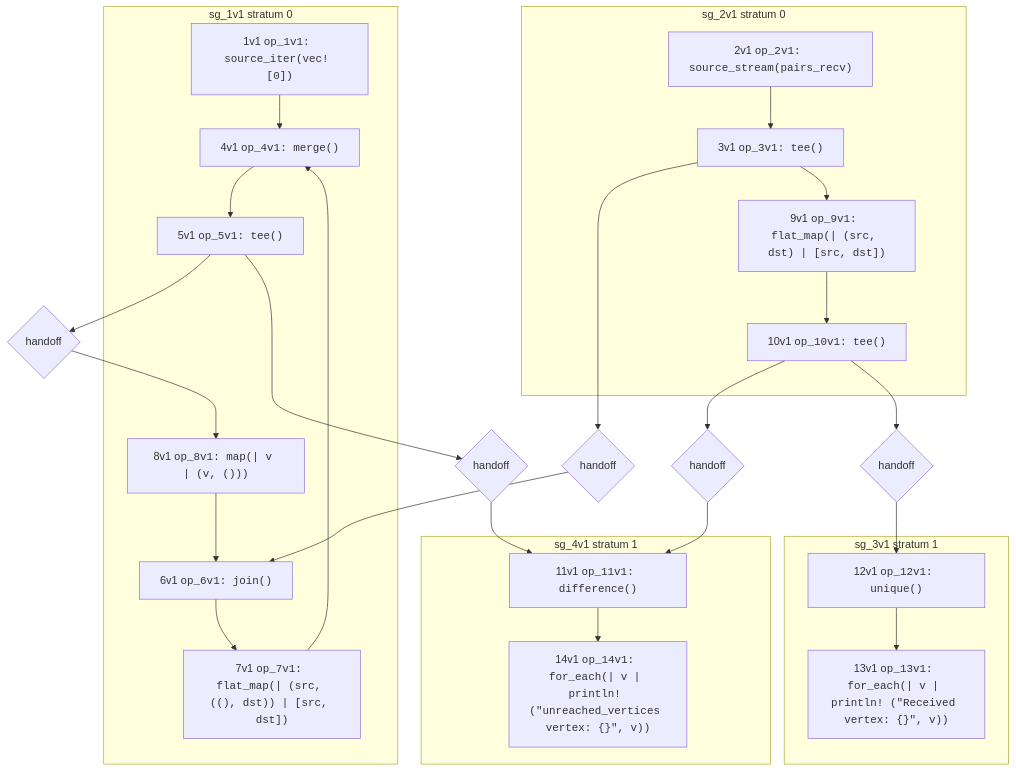
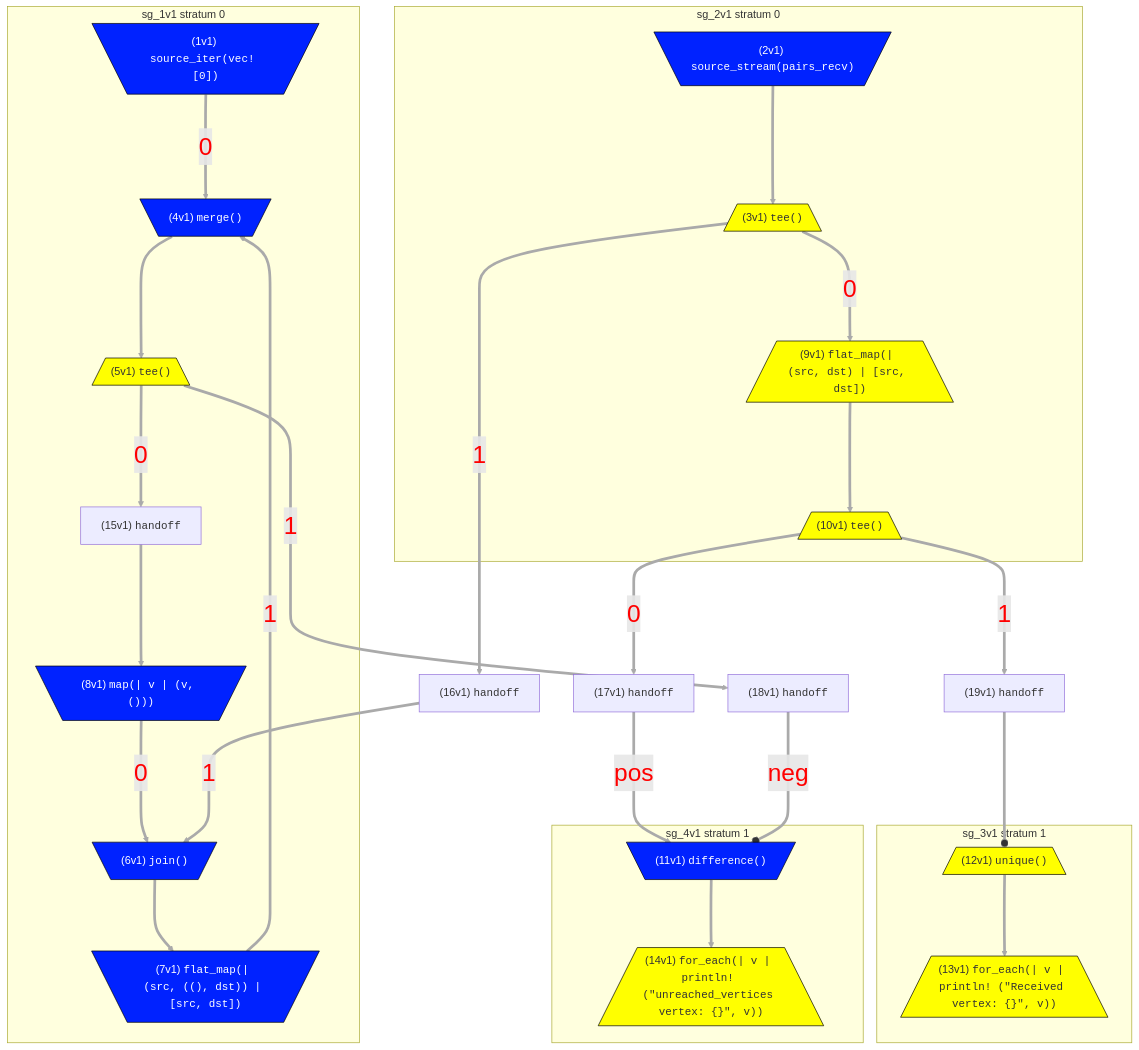
The second of 2 diagrams in book/example_6_unreachability.md (nickjiang2378/hydroflow), drawn with Mermaid before and after one commit. The commit also changed other lines of this file and 13 other files, not shown here.

Commit message:
update mermaid diagrams in book (#322)

````diff
--- a/book/example_6_unreachability.md
+++ b/book/example_6_unreachability.md
@@ -113,52 +113,53 @@
 ```mermaid
-flowchart TB
-    subgraph "sg_1v1 stratum 0"
-        1v1["1v1 <tt>op_1v1: source_iter(vec! [0])</tt>"]
-        8v1["8v1 <tt>op_8v1: map(| v | (v, ()))</tt>"]
-        6v1["6v1 <tt>op_6v1: join()</tt>"]
-        7v1["7v1 <tt>op_7v1: flat_map(| (src, ((), dst)) | [src, dst])</tt>"]
-        4v1["4v1 <tt>op_4v1: merge()</tt>"]
-        5v1["5v1 <tt>op_5v1: tee()</tt>"]
-    end
-    subgraph "sg_2v1 stratum 0"
-        2v1["2v1 <tt>op_2v1: source_stream(pairs_recv)</tt>"]
-        3v1["3v1 <tt>op_3v1: tee()</tt>"]
-        9v1["9v1 <tt>op_9v1: flat_map(| (src, dst) | [src, dst])</tt>"]
-        10v1["10v1 <tt>op_10v1: tee()</tt>"]
-    end
-    subgraph "sg_3v1 stratum 1"
-        12v1["12v1 <tt>op_12v1: unique()</tt>"]
-        13v1["13v1 <tt>op_13v1: for_each(| v | println! (&quot;Received vertex: {}&quot;, v))</tt>"]
-    end
-    subgraph "sg_4v1 stratum 1"
-        11v1["11v1 <tt>op_11v1: difference()</tt>"]
-        14v1["14v1 <tt>op_14v1: for_each(| v | println! (&quot;unreached_vertices vertex: {}&quot;, v))</tt>"]
-    end
-
-    15v1{"handoff"}
-    16v1{"handoff"}
-    17v1{"handoff"}
-    18v1{"handoff"}
-    19v1{"handoff"}
-
-    1v1-->4v1
-    2v1-->3v1
-    3v1-->16v1
-    3v1-->9v1
-    4v1-->5v1
-    5v1-->15v1
-    5v1-->18v1
-    6v1-->7v1
-    7v1-->4v1
-    8v1-->6v1
-    9v1-->10v1
-    10v1-->17v1
-    10v1-->19v1
-    11v1-->14v1
-    12v1-->13v1
-    15v1-->8v1
-    16v1-->6v1
-    17v1-->11v1
-    18v1-->11v1
-    19v1-->12v1
+flowchart TD
+classDef pullClass fill:#02f,color:#fff,stroke:#000
+classDef pushClass fill:#ff0,stroke:#000
+linkStyle default stroke:#aaa,stroke-width:4px,color:red,font-size:1.5em;
+subgraph "sg_1v1 stratum 0"
+    1v1[\"(1v1) <tt>source_iter(vec! [0])</tt>"/]:::pullClass
+    8v1[\"(8v1) <tt>map(| v | (v, ()))</tt>"/]:::pullClass
+    6v1[\"(6v1) <tt>join()</tt>"/]:::pullClass
+    7v1[\"(7v1) <tt>flat_map(| (src, ((), dst)) | [src, dst])</tt>"/]:::pullClass
+    4v1[\"(4v1) <tt>merge()</tt>"/]:::pullClass
+    5v1[/"(5v1) <tt>tee()</tt>"\]:::pushClass
+    15v1["(15v1) <tt>handoff</tt>"]:::otherClass
+    15v1--->8v1
+    1v1--0--->4v1
+    8v1--0--->6v1
+    6v1--->7v1
+    7v1--1--->4v1
+    4v1--->5v1
+    5v1--0--->15v1
+end
+subgraph "sg_2v1 stratum 0"
+    2v1[\"(2v1) <tt>source_stream(pairs_recv)</tt>"/]:::pullClass
+    3v1[/"(3v1) <tt>tee()</tt>"\]:::pushClass
+    9v1[/"(9v1) <tt>flat_map(| (src, dst) | [src, dst])</tt>"\]:::pushClass
+    10v1[/"(10v1) <tt>tee()</tt>"\]:::pushClass
+    2v1--->3v1
+    3v1--0--->9v1
+    9v1--->10v1
+end
+subgraph "sg_3v1 stratum 1"
+    12v1[/"(12v1) <tt>unique()</tt>"\]:::pushClass
+    13v1[/"(13v1) <tt>for_each(| v | println! (&quot;Received vertex: {}&quot;, v))</tt>"\]:::pushClass
+    12v1--->13v1
+end
+subgraph "sg_4v1 stratum 1"
+    11v1[\"(11v1) <tt>difference()</tt>"/]:::pullClass
+    14v1[/"(14v1) <tt>for_each(| v | println! (&quot;unreached_vertices vertex: {}&quot;, v))</tt>"\]:::pushClass
+    11v1--->14v1
+end
+3v1--1--->16v1
+5v1--1--->18v1
+10v1--0--->17v1
+10v1--1--->19v1
+16v1["(16v1) <tt>handoff</tt>"]:::otherClass
+16v1--1--->6v1
+17v1["(17v1) <tt>handoff</tt>"]:::otherClass
+17v1--pos--->11v1
+18v1["(18v1) <tt>handoff</tt>"]:::otherClass
+18v1==neg===o11v1
+19v1["(19v1) <tt>handoff</tt>"]:::otherClass
+19v1===o12v1
 ```
````
